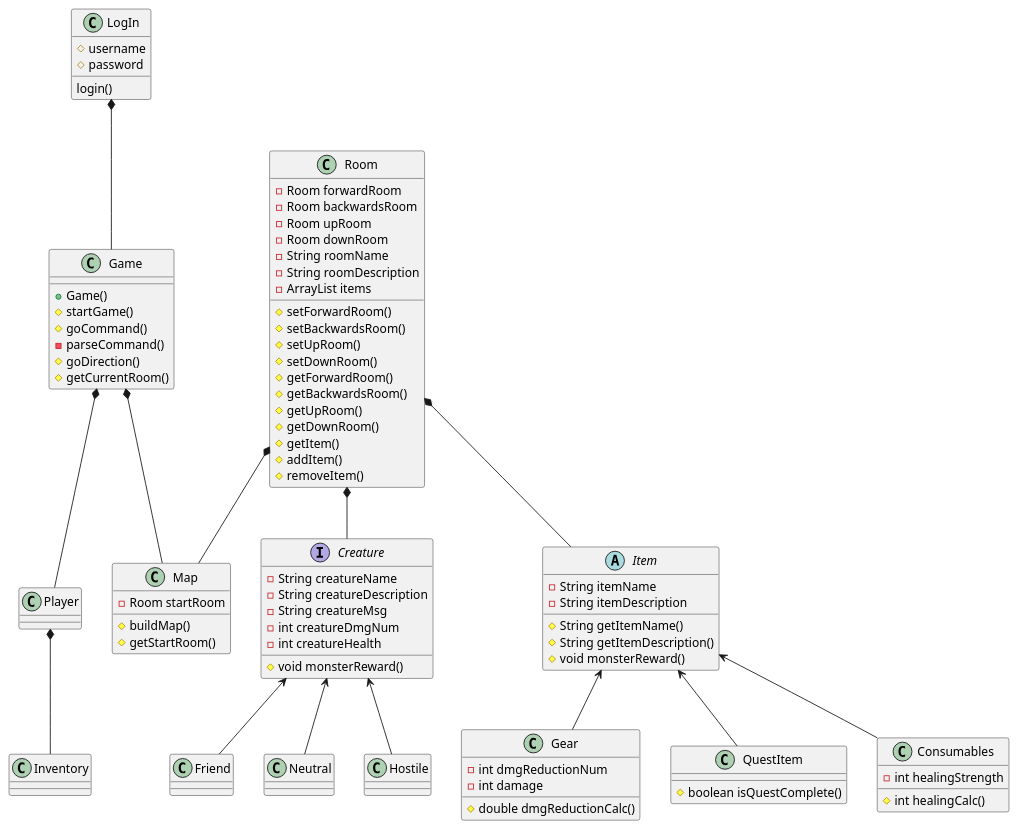
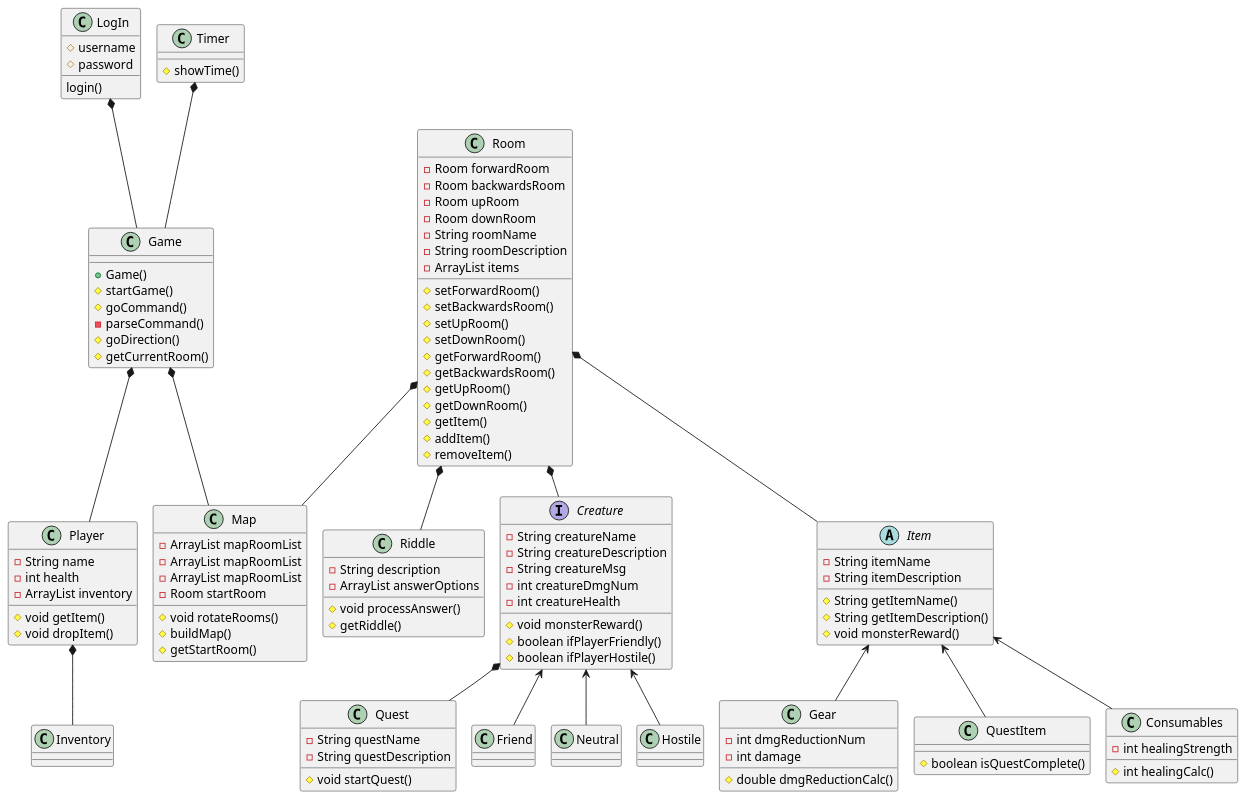
The diagram in StarCathedral/doc/DomainModel.puml (Linus-llm/SP4_LinusAndreasOlivia), drawn with PlantUML before and after one commit. The commit also changed 7 other files, not shown here.

```diff
--- a/StarCathedral/doc/DomainModel.puml
+++ b/StarCathedral/doc/DomainModel.puml
@@ -1,98 +1,133 @@
 @startuml
+!pragma layout smetana
 'https://plantuml.com/class-diagram
 
 class LogIn {
 #username
 #password
 
 login()
+}
+class Riddle{
+-String description
+-ArrayList answerOptions
+#void processAnswer()
+#getRiddle()
+}
+
+class Quest{
+-String questName
+-String questDescription
+#void startQuest()
+}
+
+class Timer{
+#showTime()
 }
 class Game{
 +Game()
 #startGame()
 #goCommand()
 -parseCommand()
 #goDirection()
 #getCurrentRoom()
 }
-class Player
+class Player{
+-String name
+-int health
+-ArrayList inventory
+#void getItem()
+#void dropItem()
+}
+
+
 class Inventory
 class Map {
+-ArrayList mapRoomList
+-ArrayList mapRoomList
+-ArrayList mapRoomList
 -Room startRoom
+#void rotateRooms()
 #buildMap()
 #getStartRoom()
 
 }
 class Room {
 -Room forwardRoom
 -Room backwardsRoom
 -Room upRoom
 -Room downRoom
 -String roomName
 -String roomDescription
 -ArrayList items
 #setForwardRoom()
 #setBackwardsRoom()
 #setUpRoom()
 #setDownRoom()
 #getForwardRoom()
 #getBackwardsRoom()
 #getUpRoom()
 #getDownRoom()
 #getItem()
 #addItem()
 #removeItem()
 
 }
 interface Creature {
 -String creatureName
 -String creatureDescription
 -String creatureMsg
 -int creatureDmgNum
 -int creatureHealth
 #void monsterReward()
+#boolean ifPlayerFriendly()
+#boolean ifPlayerHostile()
 
 }
 class Friend {
 }
 class Neutral
 class Hostile
 abstract class Item{
 -String itemName
 -String itemDescription
 # String getItemName()
 #String getItemDescription()
 #void monsterReward()
 }
 class Gear {
 - int dmgReductionNum
 - int damage
 # double dmgReductionCalc()
 }
 class QuestItem {
 #boolean isQuestComplete()
 }
 class Consumables{
 -int healingStrength
 # int healingCalc()
 
 }
 
+
+Timer*--Game
 LogIn*--Game
 Game*--Player
 Player*--Inventory
 Game*--Map
 Room*--Map
 Room*--Item
 Room*--Creature
+Room*-- Riddle
 Creature<--Friend
 Creature<--Neutral
 Creature<--Hostile
+Creature *-- Quest
 Item<--Gear
 Item<--Consumables
 Item<--QuestItem
 
 
 
 
 @enduml
```
